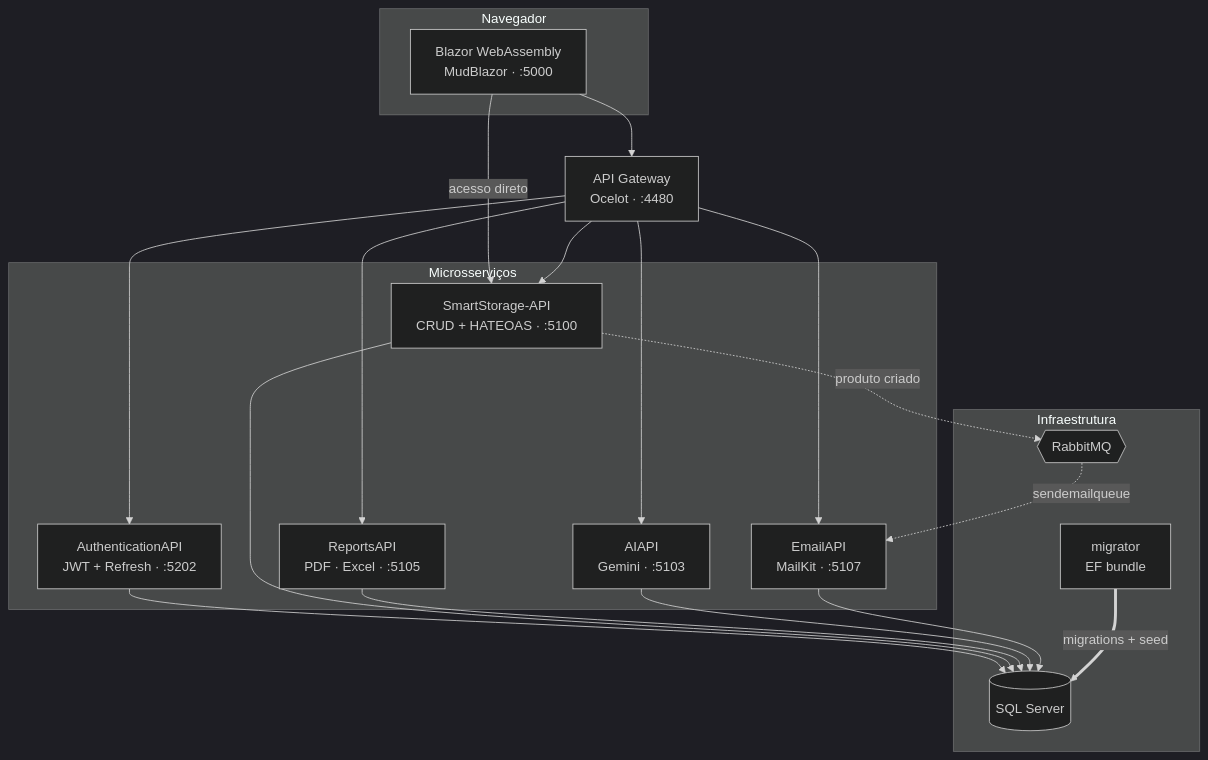
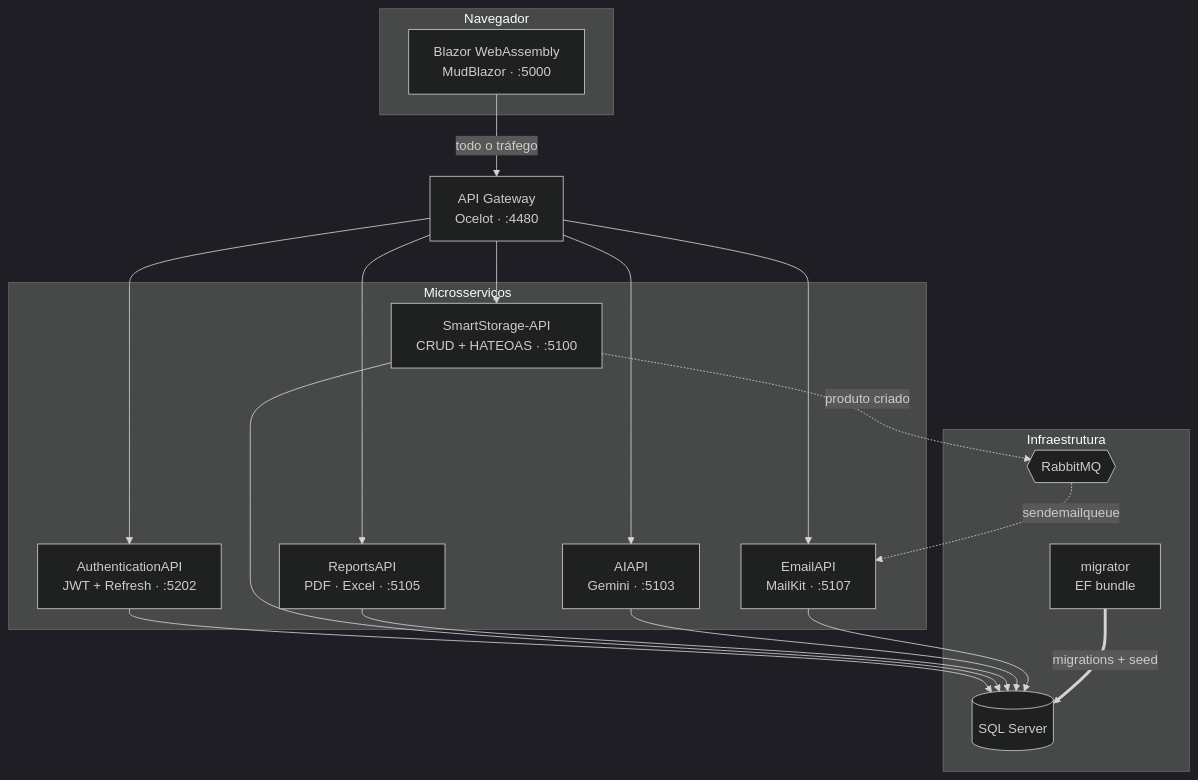
One commit to LeoLiras/SmartStorage.Web changed the diagram in README.md. Above: the diagram before and after it, drawn with Mermaid (dark theme). The commit also changed other lines of this file, not shown here.

````diff
--- a/README.md
+++ b/README.md
@@ -30,38 +30,37 @@
 ```mermaid
 flowchart TB
     subgraph browser["Navegador"]
         UI["Blazor WebAssembly<br/>MudBlazor · :5000"]
     end
 
     GW["API Gateway<br/>Ocelot · :4480"]
 
     subgraph services["Microsserviços"]
         AUTH["AuthenticationAPI<br/>JWT + Refresh · :5202"]
         CORE["SmartStorage-API<br/>CRUD + HATEOAS · :5100"]
         REP["ReportsAPI<br/>PDF · Excel · :5105"]
         AI["AIAPI<br/>Gemini · :5103"]
         MAIL["EmailAPI<br/>MailKit · :5107"]
     end
 
     subgraph infra["Infraestrutura"]
         DB[("SQL Server")]
         MQ{{"RabbitMQ"}}
         MIG["migrator<br/>EF bundle"]
     end
 
-    UI --> GW
-    UI -- "acesso direto" --> CORE
+    UI -- "todo o tráfego" --> GW
     GW --> AUTH
     GW --> CORE
     GW --> REP
     GW --> AI
     GW --> MAIL
     AUTH --> DB
     CORE --> DB
     REP --> DB
     AI --> DB
     MAIL --> DB
     CORE -. "produto criado" .-> MQ
     MQ -. "sendemailqueue" .-> MAIL
     MIG == "migrations + seed" ==> DB
 ```
````
